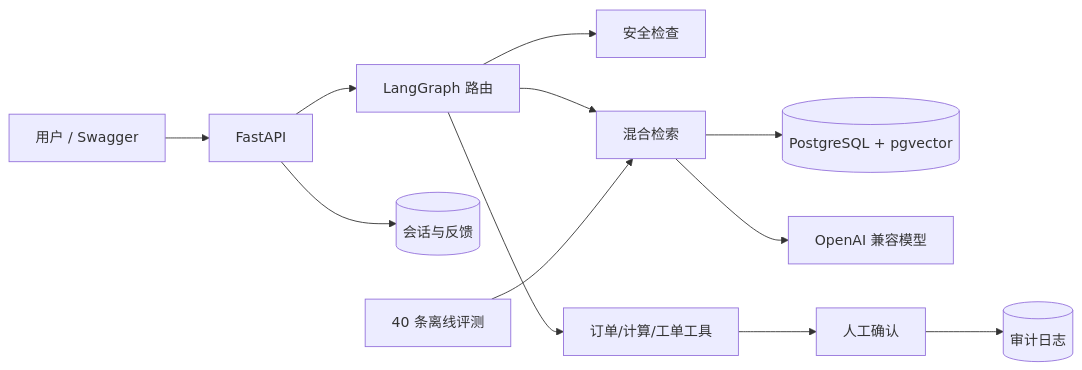
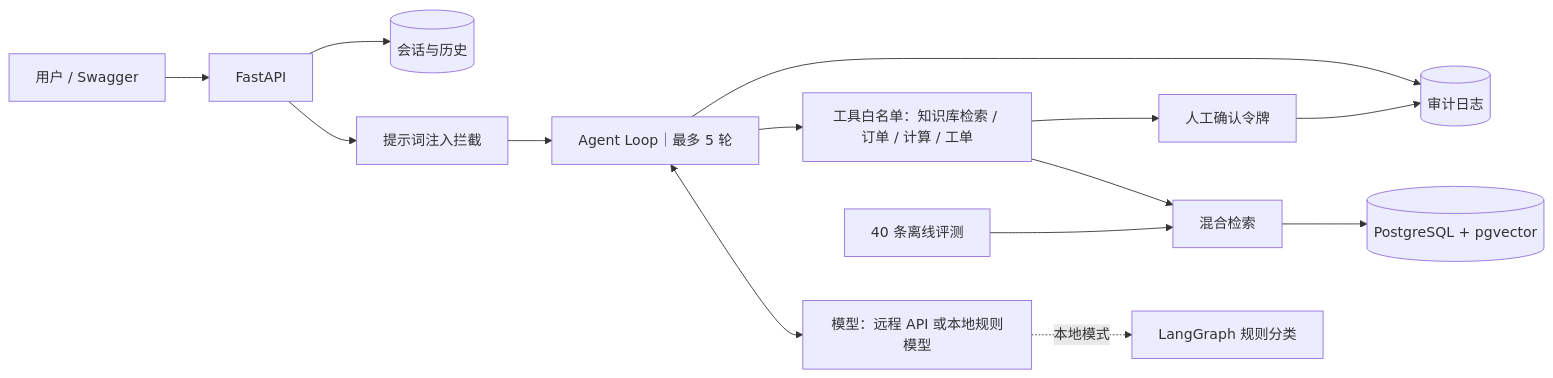
Before and after one commit to Garcia-rgb/agent-ai-8week: the diagram in README.md, drawn with Mermaid. The commit also changed other lines of this file and 11 other files, not shown here.

Commit message:
feat: drive POST /chat through the agent loop with a local fallback model

````diff
--- a/README.md
+++ b/README.md
@@ -52,14 +52,16 @@
 ```mermaid
 flowchart LR
     U[用户 / Swagger] --> API[FastAPI]
-    API --> G[LangGraph 路由]
-    G --> SAFE[安全检查]
-    G --> RAG[混合检索]
-    G --> TOOLS[订单/计算/工单工具]
+    API --> SAFE[提示词注入拦截]
+    SAFE --> LOOP[Agent Loop｜最多 5 轮]
+    LOOP <--> MODEL[模型：远程 API 或本地规则模型]
+    MODEL -. 本地模式 .-> GRAPH[LangGraph 规则分类]
+    LOOP --> TOOLS[工具白名单：知识库检索 / 订单 / 计算 / 工单]
+    TOOLS --> RAG[混合检索]
     RAG --> PG[(PostgreSQL + pgvector)]
-    RAG --> LLM[OpenAI 兼容模型]
-    TOOLS --> CONFIRM[人工确认]
+    TOOLS --> CONFIRM[人工确认令牌]
     CONFIRM --> AUDIT[(审计日志)]
-    API --> SESSION[(会话与反馈)]
+    LOOP --> AUDIT
+    API --> SESSION[(会话与历史)]
     EVAL[40 条离线评测] --> RAG
 ```
````
